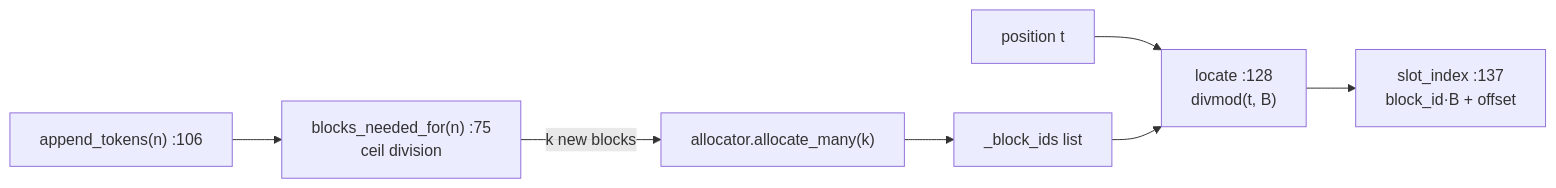
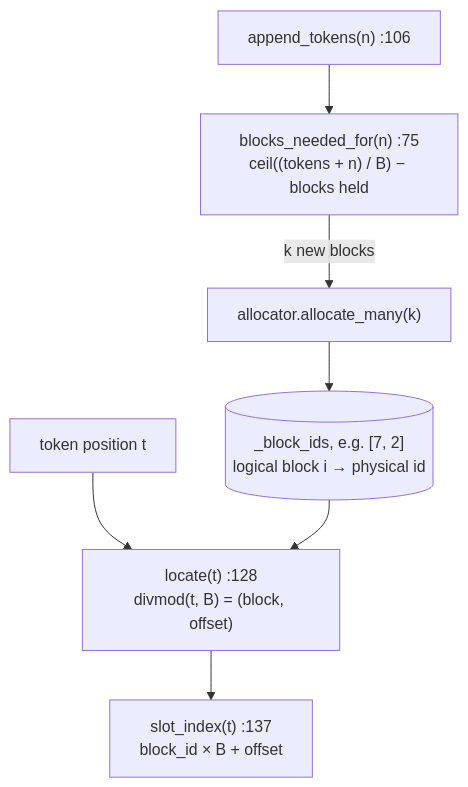
The sixth of 7 diagrams in Interview prep/Days/Day 01 - mini-vLLM I.md (jayavardhan-g/projects-vault), drawn with Mermaid before and after one commit. The commit also changed other lines of this file and 2 other files, not shown here.

First line of the commit message:
projects: Day 1 "Code, explained" as a shape-by-shape trace of one forward pass + paged-KV-cache deep dive; full-width diagram CSS snippet

````diff
--- a/Interview prep/Days/Day 01 - mini-vLLM I.md
+++ b/Interview prep/Days/Day 01 - mini-vLLM I.md
@@ -330,9 +651,9 @@
 ```mermaid
-flowchart LR
-  N["append_tokens(n) :106"] --> BN["blocks_needed_for(n) :75<br/>ceil division"]
-  BN -->|k new blocks| AM["allocator.allocate_many(k)"]
-  AM --> IDS["_block_ids list"]
-  P["position t"] --> L["locate :128<br/>divmod(t, B)"]
+flowchart TB
+  N["append_tokens(n) :106"] --> BN["blocks_needed_for(n) :75<br/>ceil((tokens + n) / B) − blocks held"]
+  BN -->|"k new blocks"| AM["allocator.allocate_many(k)"]
+  AM --> IDS[("_block_ids, e.g. [7, 2]<br/>logical block i → physical id")]
+  P["token position t"] --> L["locate(t) :128<br/>divmod(t, B) = (block, offset)"]
   IDS --> L
-  L --> SI["slot_index :137<br/>block_id·B + offset"]
+  L --> SI["slot_index(t) :137<br/>block_id × B + offset"]
 ```
````
